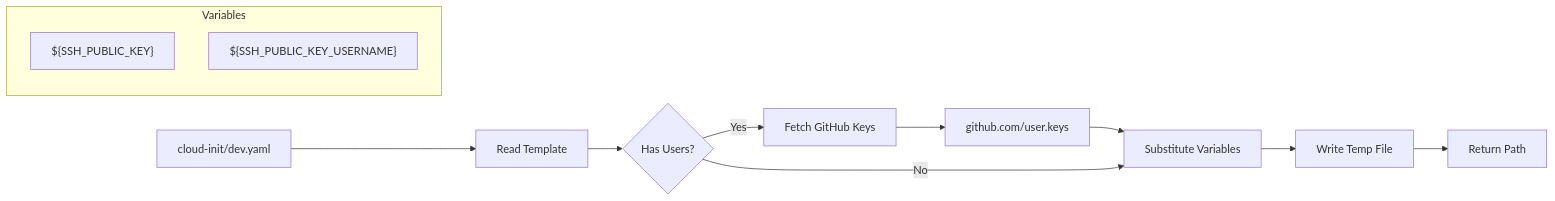
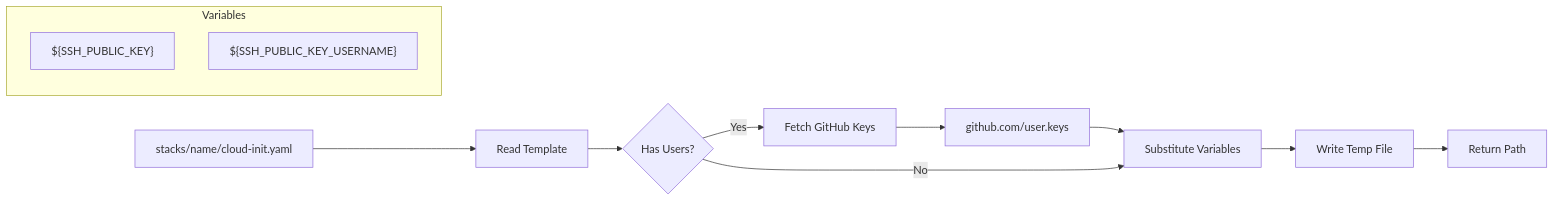
Before and after one commit to emergingrobotics/goloo: the seventh of 11 diagrams in docs/DESIGN.md, drawn with Mermaid. The commit also changed other lines of this file and 24 other files, not shown here.

````diff
--- a/docs/DESIGN.md
+++ b/docs/DESIGN.md
@@ -478,16 +482,16 @@
 ```mermaid
 flowchart LR
-    A[cloud-init/dev.yaml] --> B[Read Template]
+    A[stacks/name/cloud-init.yaml] --> B[Read Template]
     B --> C{Has Users?}
     C -->|Yes| D[Fetch GitHub Keys]
     D --> E[github.com/user.keys]
     E --> F[Substitute Variables]
     C -->|No| F
     F --> G[Write Temp File]
     G --> H[Return Path]
 
     subgraph Variables
         V1["${SSH_PUBLIC_KEY}"]
         V2["${SSH_PUBLIC_KEY_USERNAME}"]
     end
 ```
````
